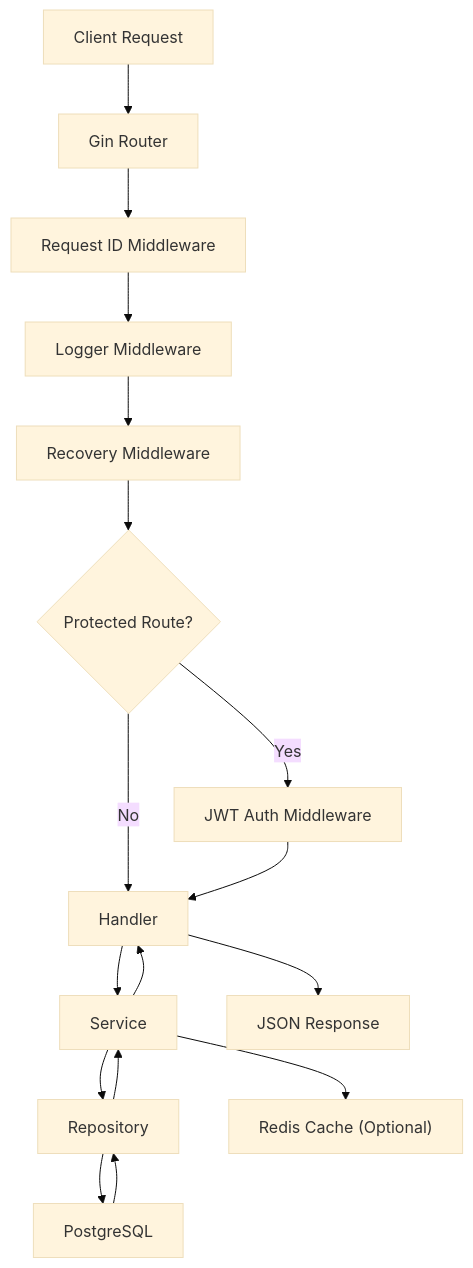
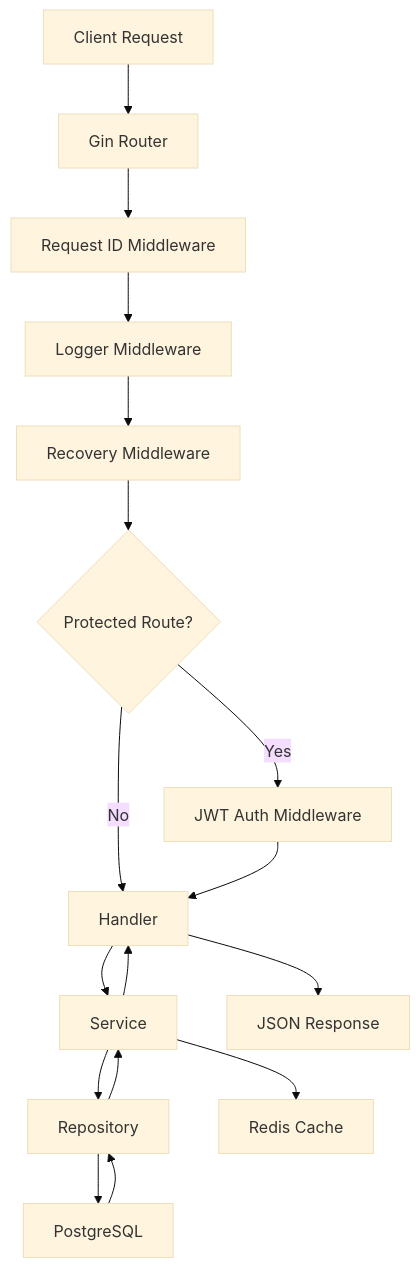
The first of 6 diagrams in docs/Technical_Architecture.md (abhinavmaity/linear-lite), drawn with Mermaid (base theme) before and after one commit. The commit also changed other lines of this file and 2 other files, not shown here.

Commit message:
Update architecture documentation to require Redis as essential infrastructure and clarify caching behavior

````diff
--- a/docs/Technical_Architecture.md
+++ b/docs/Technical_Architecture.md
@@ -77,19 +77,19 @@
 ```mermaid
 flowchart TD
     A["Client Request"] --> B["Gin Router"]
     B --> C["Request ID Middleware"]
     C --> D["Logger Middleware"]
     D --> E["Recovery Middleware"]
     E --> F{"Protected Route?"}
     F -- "Yes" --> G["JWT Auth Middleware"]
     F -- "No" --> H["Handler"]
     G --> H["Handler"]
     H --> I["Service"]
     I --> J["Repository"]
     J --> K["PostgreSQL"]
-    I --> L["Redis Cache (Optional)"]
+    I --> L["Redis Cache"]
     K --> J
     J --> I
     I --> H
     H --> M["JSON Response"]
 ```
````
